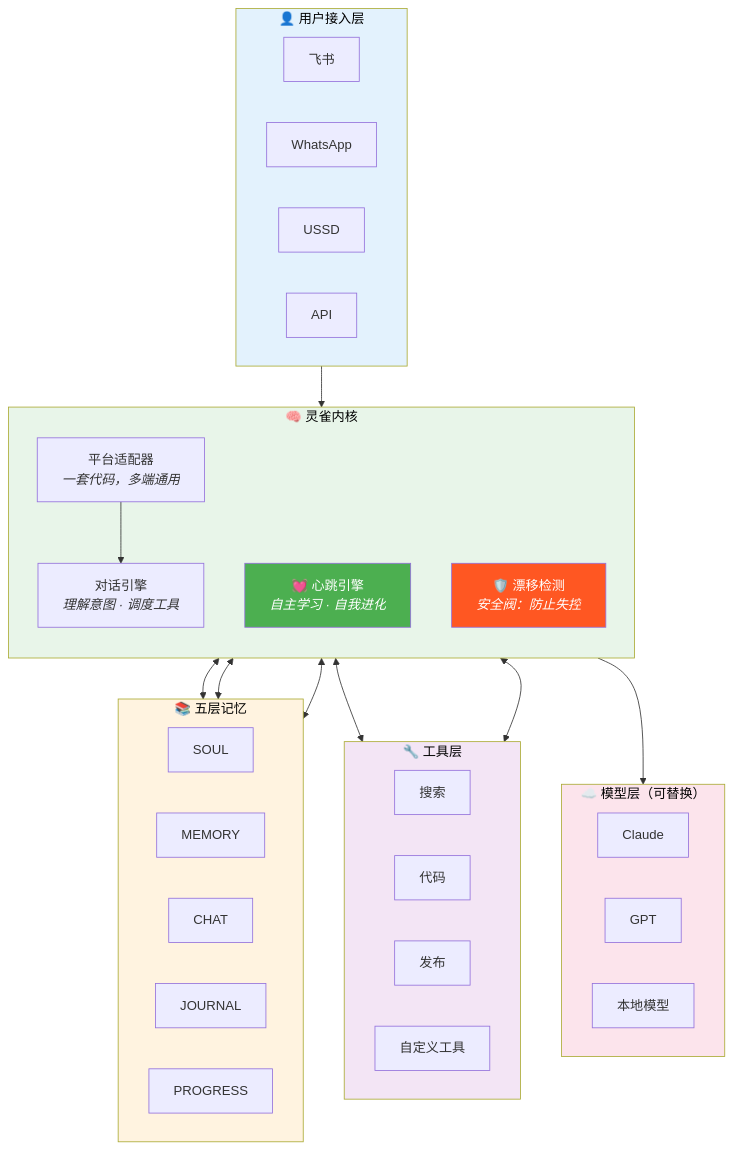
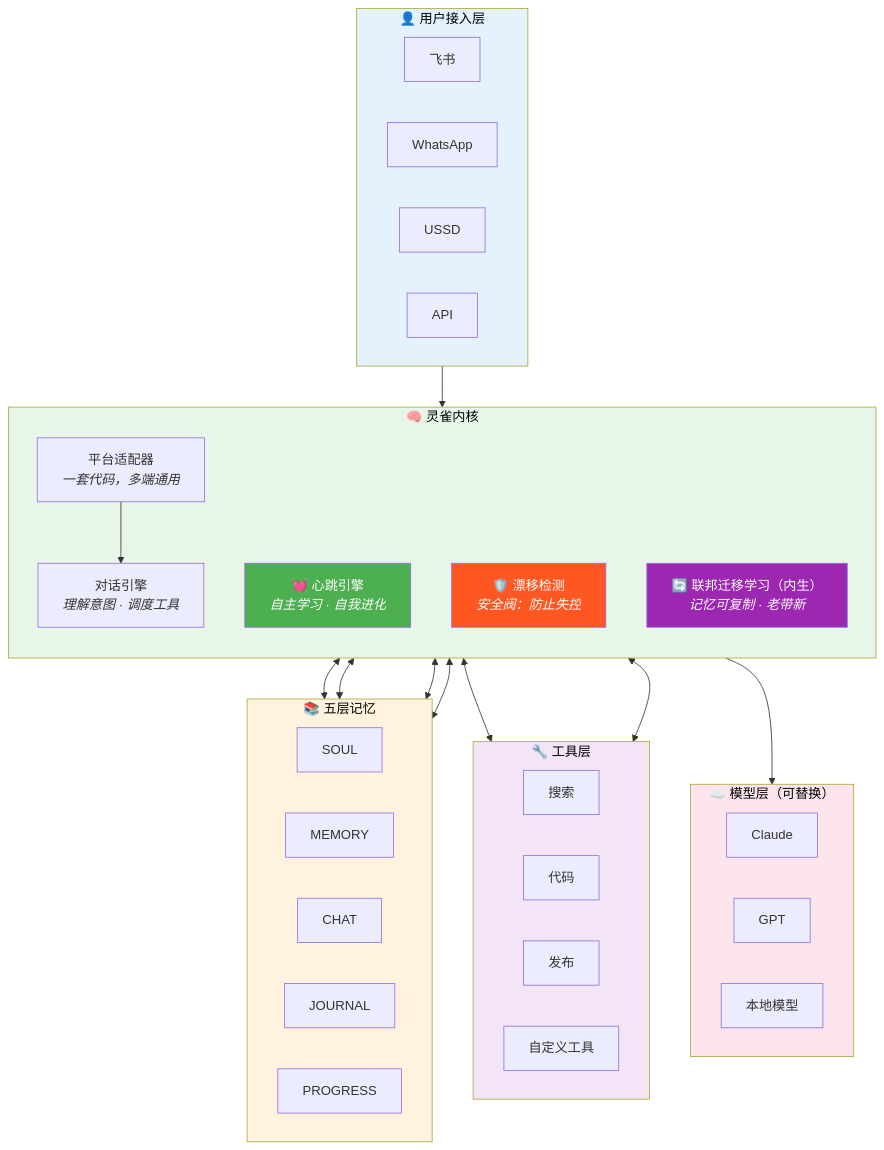
Before and after one commit to CodePothunter/lingque: the third of 10 diagrams in docs/VC_TENGEN_AI.md, drawn with Mermaid. The commit also changed other lines of this file and 1 other file, not shown here.

````diff
--- a/docs/VC_TENGEN_AI.md
+++ b/docs/VC_TENGEN_AI.md
@@ -155,58 +185,61 @@
 ```mermaid
 flowchart TB
     subgraph USER["👤 用户接入层"]
         U1["飞书"]
         U2["WhatsApp"]
         U3["USSD"]
         U4["API"]
     end
 
     subgraph CORE["🧠 灵雀内核"]
         direction TB
         ADAPTER["平台适配器<br/><i>一套代码，多端通用</i>"]
         ENGINE["对话引擎<br/><i>理解意图 · 调度工具</i>"]
         HEARTBEAT["💓 心跳引擎<br/><i>自主学习 · 自我进化</i>"]
         DRIFT["🛡️ 漂移检测<br/><i>安全阀：防止失控</i>"]
+        FTL["🔄 联邦迁移学习（内生）<br/><i>记忆可复制 · 老带新</i>"]
     end
 
     subgraph MEMORY["📚 五层记忆"]
         direction LR
         S["SOUL"]
         M["MEMORY"]
         C["CHAT"]
         J["JOURNAL"]
         P["PROGRESS"]
     end
 
     subgraph TOOLS["🔧 工具层"]
         direction LR
         T1["搜索"]
         T2["代码"]
         T3["发布"]
         T4["自定义工具"]
     end
 
     subgraph MODEL["☁️ 模型层（可替换）"]
         direction LR
         M1["Claude"]
         M2["GPT"]
         M3["本地模型"]
     end
 
     USER --> ADAPTER
     ADAPTER --> ENGINE
     ENGINE <--> MEMORY
     ENGINE <--> TOOLS
     ENGINE --> MODEL
     HEARTBEAT <--> MEMORY
     HEARTBEAT <--> TOOLS
     DRIFT <--> MEMORY
+    FTL <--> MEMORY
 
     style USER fill:#E3F2FD,color:#000
     style CORE fill:#E8F5E9,color:#000
     style MEMORY fill:#FFF3E0,color:#000
     style TOOLS fill:#F3E5F5,color:#000
     style MODEL fill:#FCE4EC,color:#000
     style HEARTBEAT fill:#4CAF50,color:#fff
     style DRIFT fill:#FF5722,color:#fff
+    style FTL fill:#9C27B0,color:#fff
 ```
````
